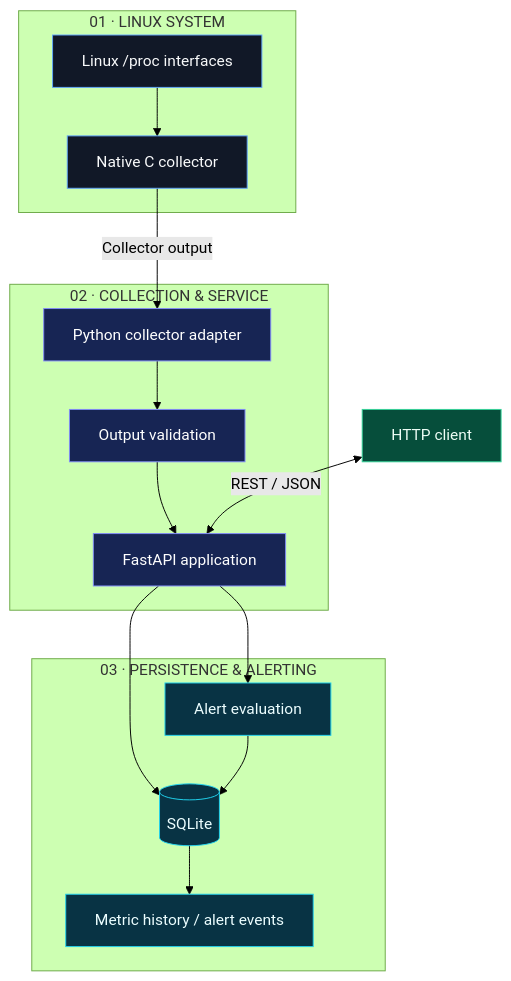
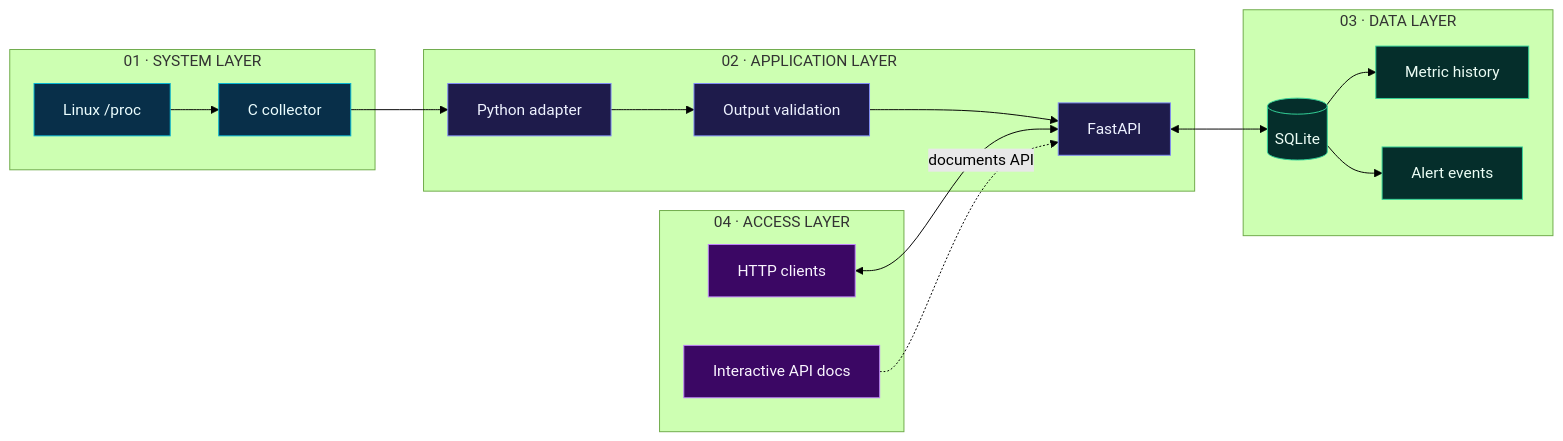
The second of 4 diagrams in README.md (akankshad1712/sysatlas), drawn with Mermaid (forest theme) before and after one commit. The commit also changed other lines of this file, not shown here.

````diff
--- a/README.md
+++ b/README.md
@@ -82,42 +127,43 @@
 ```mermaid
-flowchart TB
-    subgraph HOST["01 · LINUX SYSTEM"]
-        OS["Linux /proc interfaces"]
-        C["Native C collector"]
-        OS --> C
+flowchart LR
+    subgraph SYSTEM["01 · SYSTEM LAYER"]
+        PROC["Linux /proc"]
+        COLLECTOR["C collector"]
+        PROC --> COLLECTOR
     end
 
-    subgraph SERVICE["02 · COLLECTION & SERVICE"]
-        ADAPTER["Python collector adapter"]
+    subgraph APPLICATION["02 · APPLICATION LAYER"]
+        ADAPTER["Python adapter"]
         VALIDATOR["Output validation"]
-        API["FastAPI application"]
-
-        ADAPTER --> VALIDATOR
-        VALIDATOR --> API
+        API["FastAPI"]
+        ADAPTER --> VALIDATOR --> API
     end
 
-    subgraph DATA["03 · PERSISTENCE & ALERTING"]
+    subgraph STORAGE["03 · DATA LAYER"]
         DB[("SQLite")]
-        ALERT["Alert evaluation"]
-        HISTORY["Metric history / alert events"]
-
-        API --> DB
-        API --> ALERT
-        DB --> HISTORY
-        ALERT --> DB
+        METRICS["Metric history"]
+        EVENTS["Alert events"]
+        DB --> METRICS
+        DB --> EVENTS
     end
 
-    USER["HTTP client"]
-    USER <-->|"REST / JSON"| API
-    C -->|"Collector output"| ADAPTER
+    subgraph ACCESS["04 · ACCESS LAYER"]
+        CLIENT["HTTP clients"]
+        DOCS["Interactive API docs"]
+    end
 
-    classDef host fill:#111827,stroke:#60A5FA,color:#F9FAFB
-    classDef service fill:#172554,stroke:#818CF8,color:#FFFFFF
-    classDef storage fill:#083344,stroke:#22D3EE,color:#ECFEFF
-    classDef client fill:#064E3B,stroke:#34D399,color:#ECFDF5
+    COLLECTOR --> ADAPTER
+    API <--> DB
+    CLIENT <--> API
+    DOCS -. "documents API" .-> API
 
-    class OS,C host
-    class ADAPTER,VALIDATOR,API service
-    class DB,ALERT,HISTORY storage
-    class USER client
+    classDef system fill:#082F49,stroke:#06B6D4,color:#ECFEFF
+    classDef app fill:#1E1B4B,stroke:#818CF8,color:#EEF2FF
+    classDef storage fill:#052E2B,stroke:#34D399,color:#ECFDF5
+    classDef access fill:#3B0764,stroke:#C084FC,color:#FAF5FF
+
+    class PROC,COLLECTOR system
+    class ADAPTER,VALIDATOR,API app
+    class DB,METRICS,EVENTS storage
+    class CLIENT,DOCS access
 ```
````
